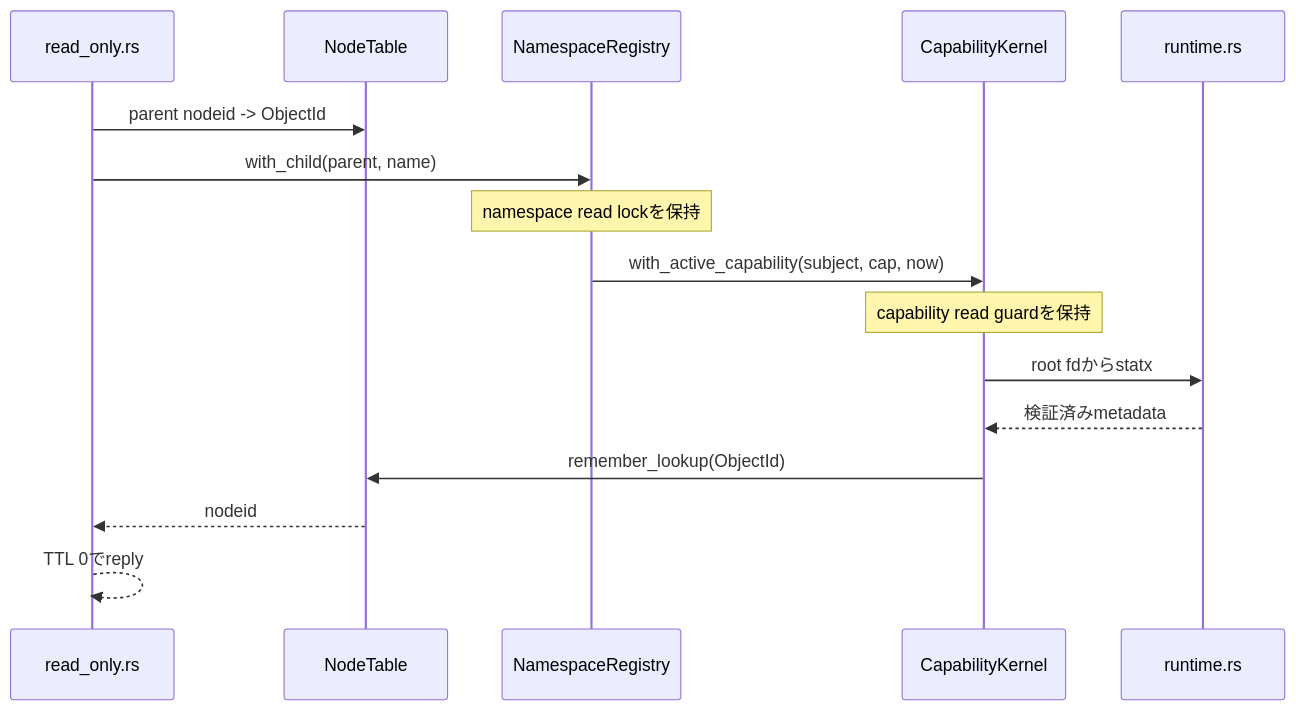
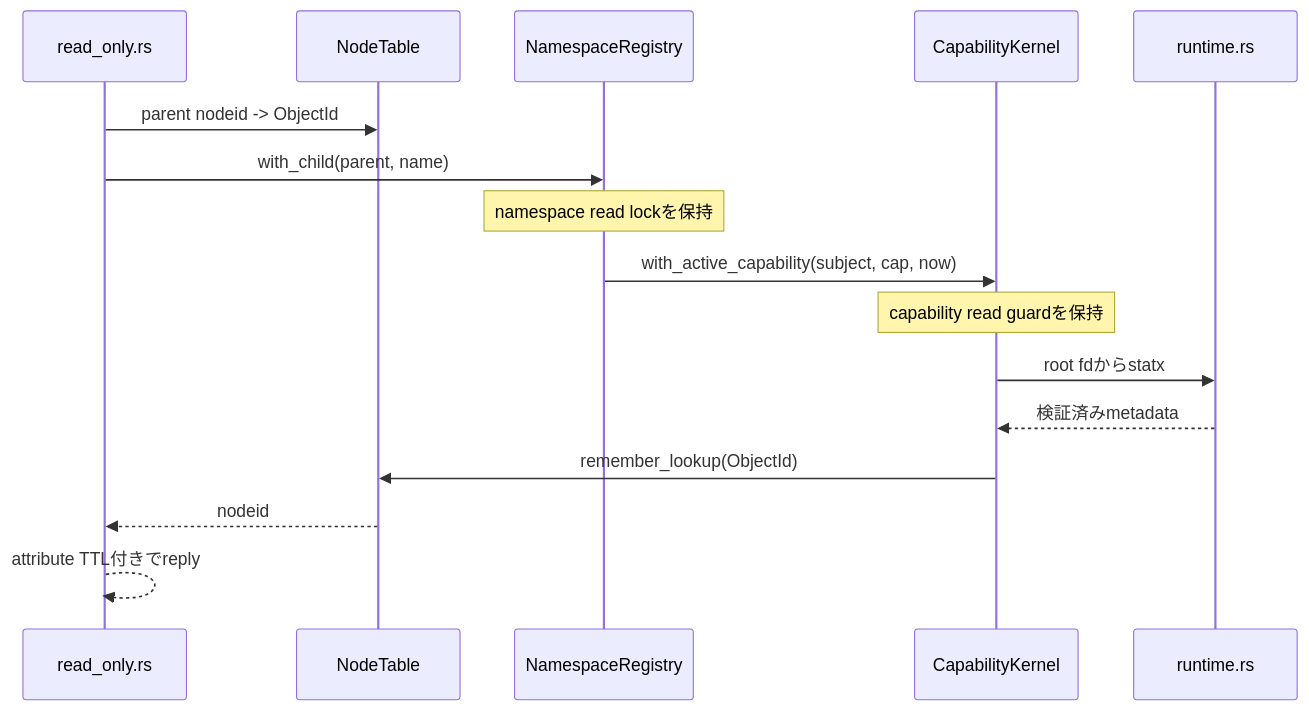
One commit to Aqua-218/SecCamp-AIAgent changed the first of 3 diagrams in docs/capfs/read-only-fuse.md. Above: the diagram before and after it, drawn with Mermaid. The commit also changed other lines of this file, not shown here.

````diff
--- a/docs/capfs/read-only-fuse.md
+++ b/docs/capfs/read-only-fuse.md
@@ -68,19 +72,19 @@
 ```mermaid
 sequenceDiagram
     participant F as read_only.rs
     participant T as NodeTable
     participant N as NamespaceRegistry
     participant K as CapabilityKernel
     participant B as runtime.rs
 
     F->>T: parent nodeid -> ObjectId
     F->>N: with_child(parent, name)
     Note over N: namespace read lockを保持
     N->>K: with_active_capability(subject, cap, now)
     Note over K: capability read guardを保持
     K->>B: root fdからstatx
     B-->>K: 検証済みmetadata
     K->>T: remember_lookup(ObjectId)
     T-->>F: nodeid
-    F-->>F: TTL 0でreply
+    F-->>F: attribute TTL付きでreply
 ```
````
